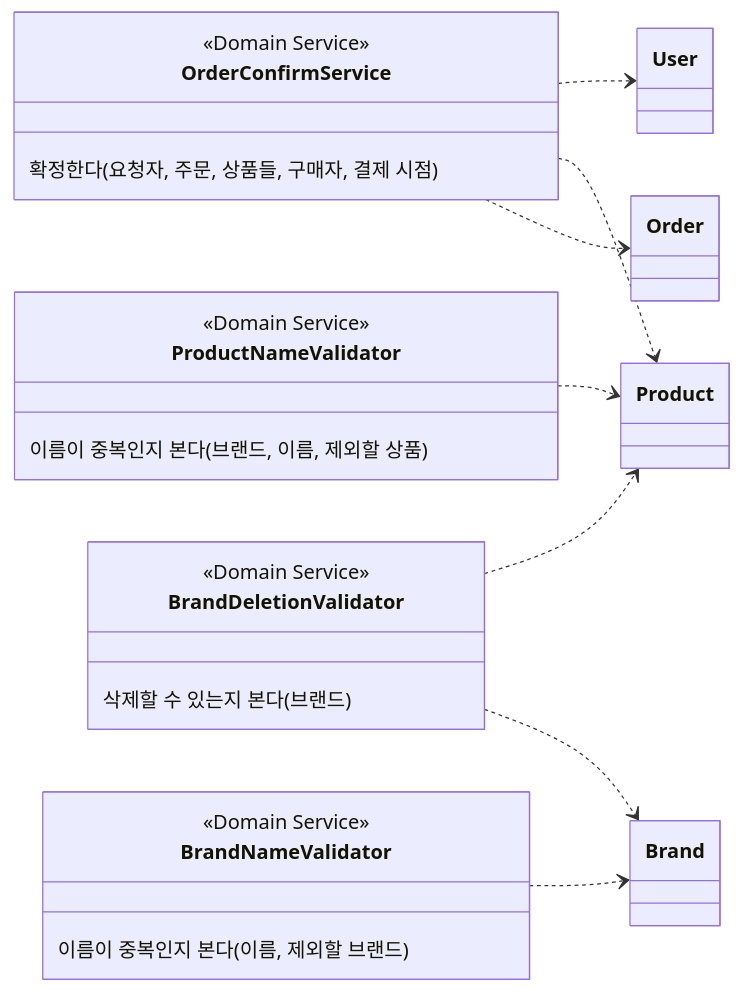
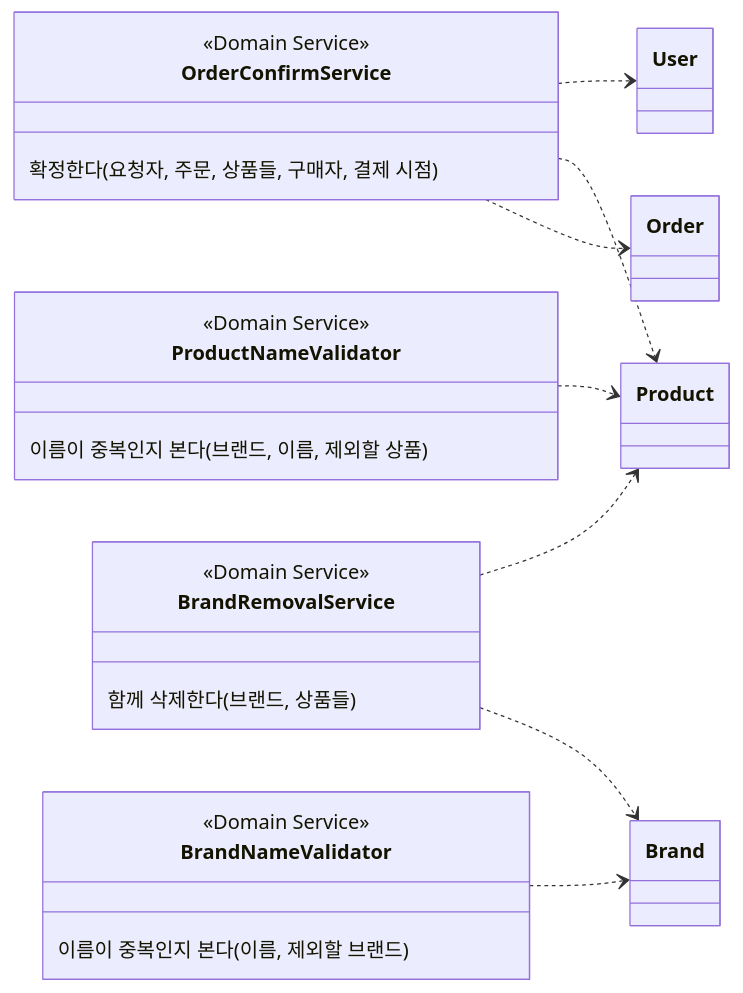
Before and after one commit to jeongye01/loop-pack-be-l2-vol5-java: the second of 2 diagrams in docs/week2/domain-relations.md, drawn with Mermaid. The commit also changed other lines of this file and 10 other files, not shown here.

Commit message:
docs: update brand removal contracts and track project skills

````diff
--- a/docs/week2/domain-relations.md
+++ b/docs/week2/domain-relations.md
@@ -137,29 +137,29 @@
 ```mermaid
 classDiagram
     direction LR
 
     class OrderConfirmService {
         <<Domain Service>>
         확정한다(요청자, 주문, 상품들, 구매자, 결제 시점)
     }
-    class BrandDeletionValidator {
+    class BrandRemovalService {
         <<Domain Service>>
-        삭제할 수 있는지 본다(브랜드)
+        함께 삭제한다(브랜드, 상품들)
     }
     class BrandNameValidator {
         <<Domain Service>>
         이름이 중복인지 본다(이름, 제외할 브랜드)
     }
     class ProductNameValidator {
         <<Domain Service>>
         이름이 중복인지 본다(브랜드, 이름, 제외할 상품)
     }
 
     OrderConfirmService ..> Order
     OrderConfirmService ..> Product
     OrderConfirmService ..> User
-    BrandDeletionValidator ..> Brand
-    BrandDeletionValidator ..> Product
+    BrandRemovalService ..> Brand
+    BrandRemovalService ..> Product
     BrandNameValidator ..> Brand
     ProductNameValidator ..> Product
 ```
````
